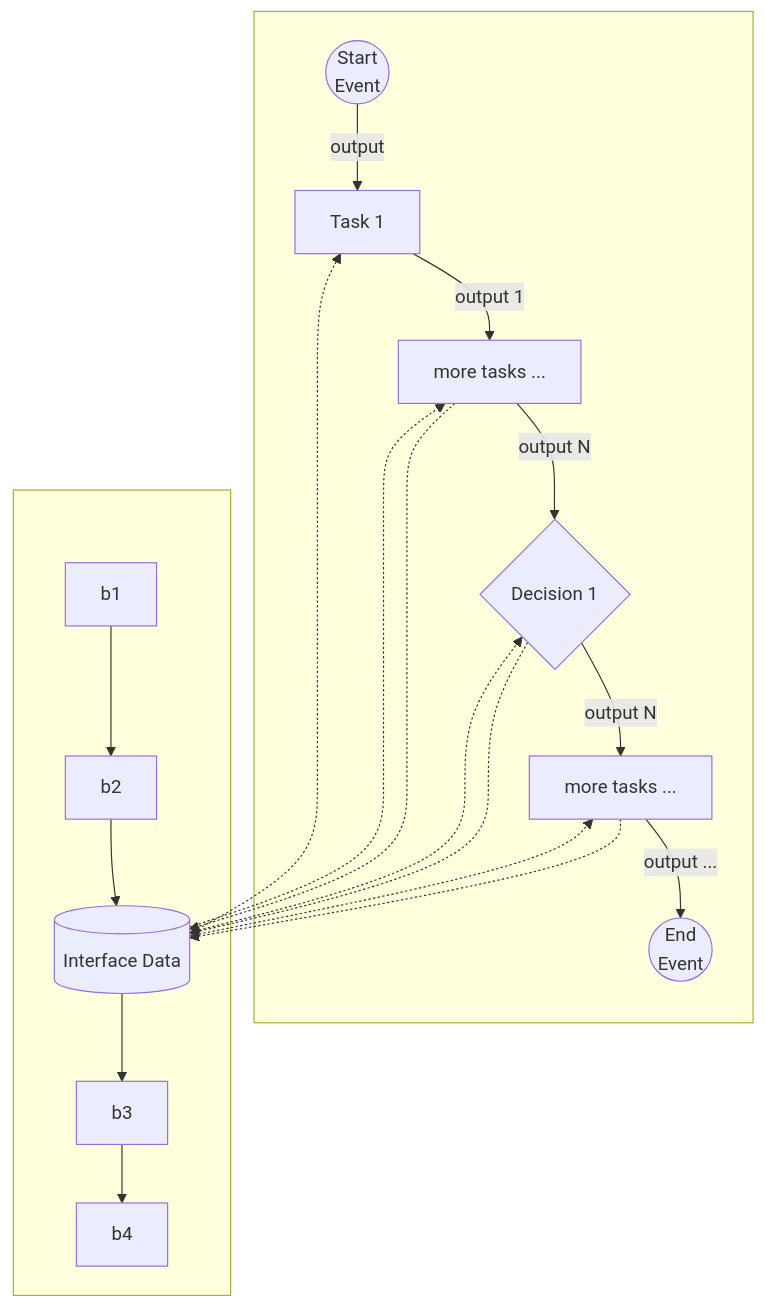
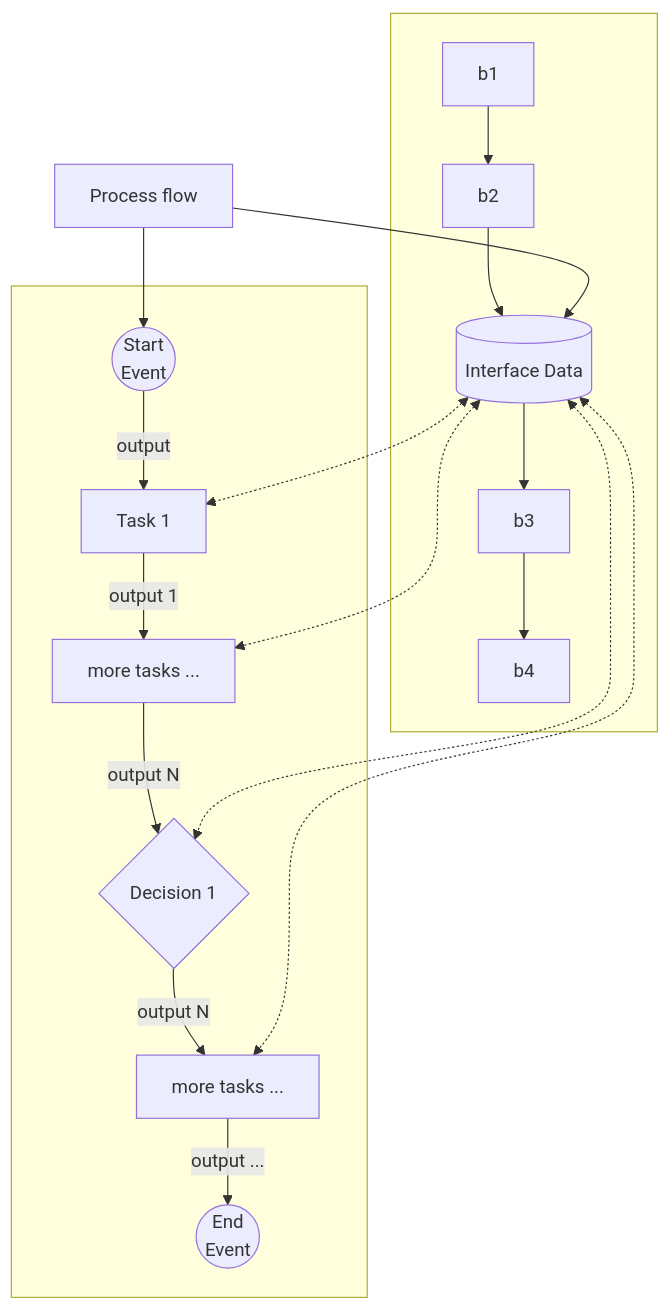
The fifth of 6 diagrams in README.md (Paulo-Reis-Rosa/test-git-commands), drawn with Mermaid before and after one commit.

Commit message:
Enhance README with process flow diagram
Updated the mermaid diagram to include process flow and connections.

````diff
--- a/README.md
+++ b/README.md
@@ -190,26 +190,28 @@
 ```mermaid
 graph TD
+	w[Process flow];
+
 	subgraph  ;
 		se((Start<br>Event))-->|output|t1[Task 1];
 		t1-->|output 1|t2[more tasks ...];
 		t2-->|output N|d1{Decision 1};
 		d1-->|output N|t3[more tasks ...];
 		t3-->|output ...|ed((End<br>Event));
 	end
 
 	subgraph  ;
 		i1[(Interface Data)]
 		b1 --> b2;
 		b2 --> i1;
 		i1 --> b3;
 		b3 --> b4;
 	end;
 
-		i1<-.->t1;
-		i1-.->t2;
-		t2-.->i1;
-		i1-.->t3;
-		t3-.->i1;
-		i1-.->d1;
-		d1-.->i1;
+	w-->se;
+	w-->i1;
+
+	i1<-.->t1;
+	i1<-.->t2;
+	i1<-.->t3;
+	i1<-.->d1;
 ```
````
